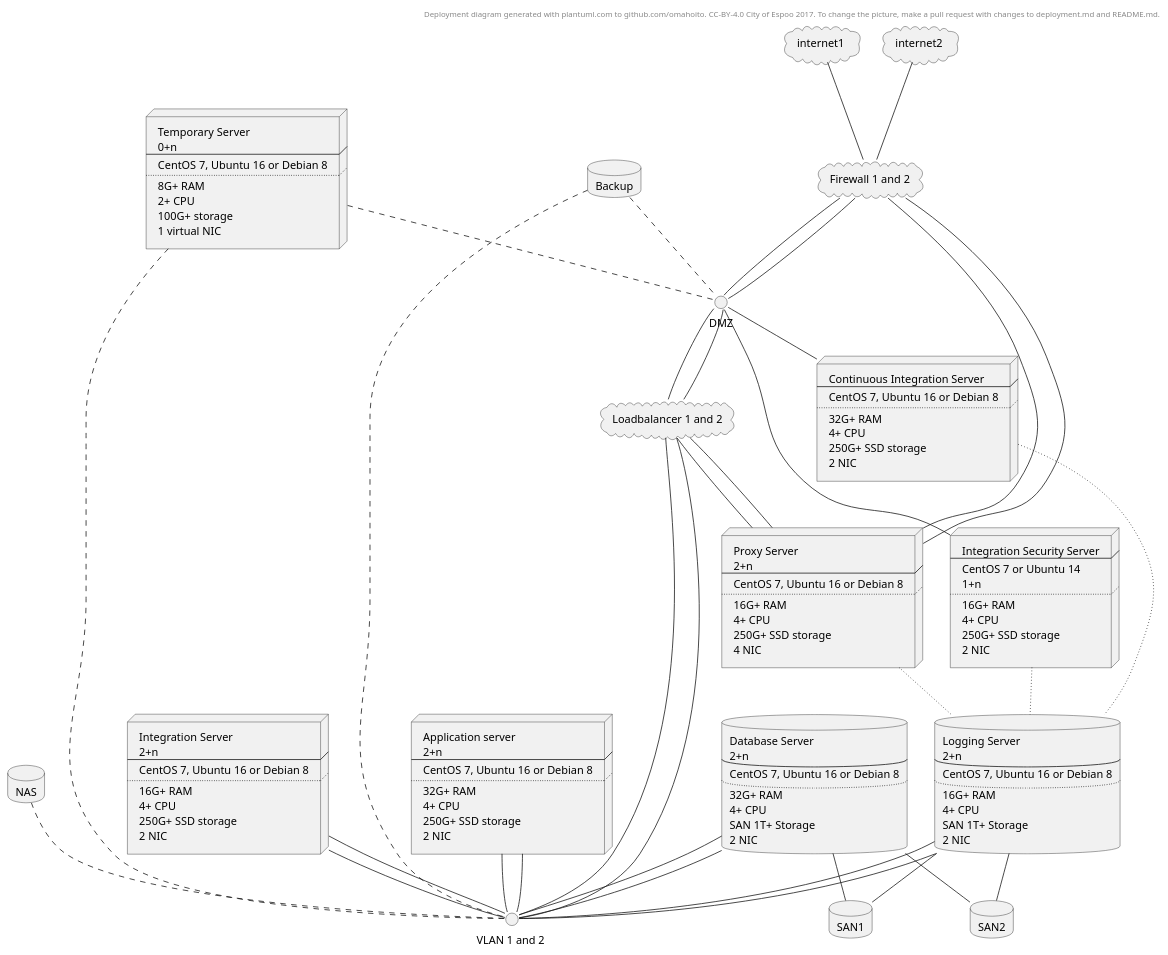
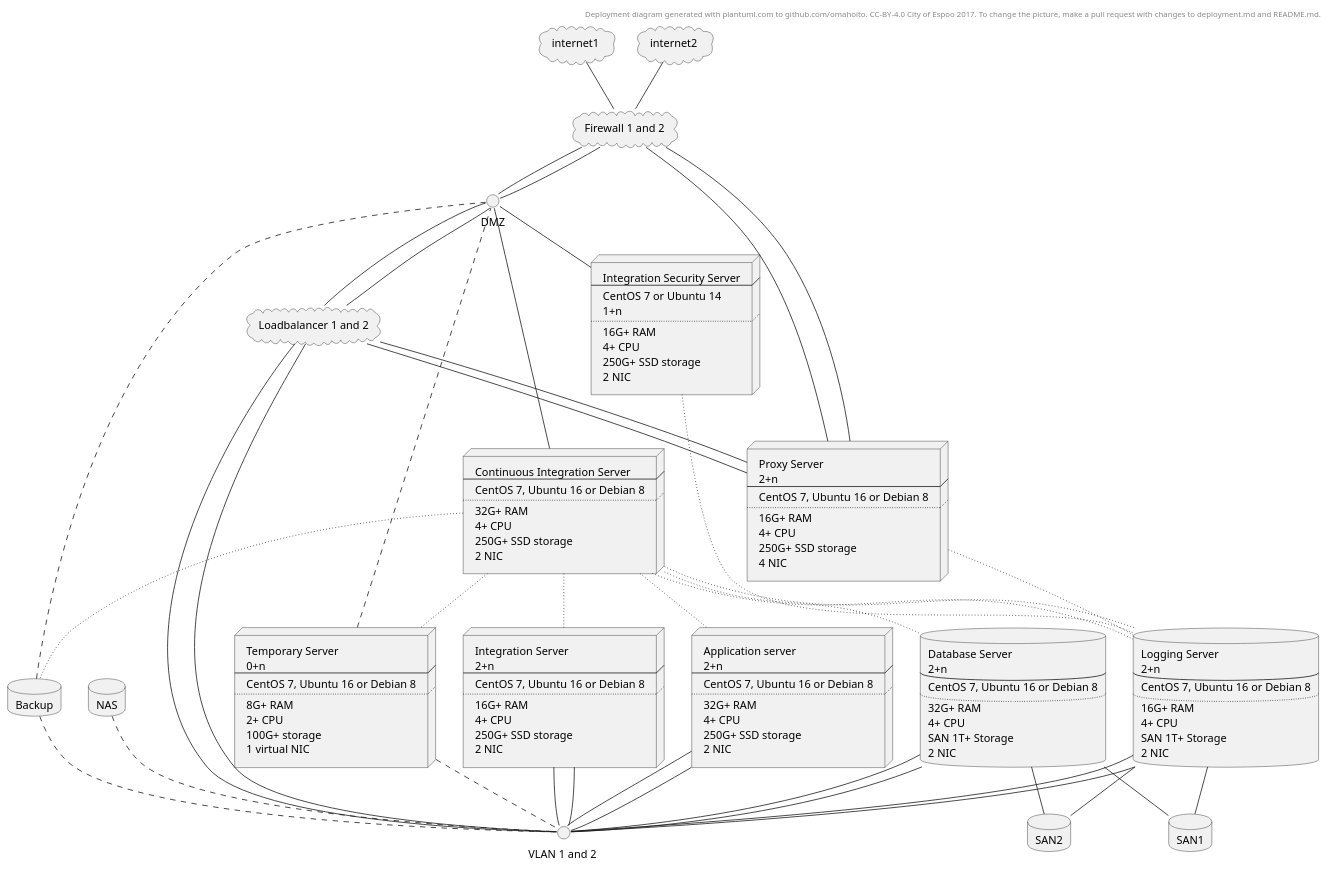
One commit to ruoat/definitions changed the diagram in deployment.md. Above: the diagram before and after it, drawn with PlantUML.

```diff
--- a/deployment.md
+++ b/deployment.md
@@ -130,18 +130,24 @@
 database1 -- VLAN1
 database1 -- VLAN1
 database1 -- SAN1
+nodeci ~~ database1
 logging1 -- SAN1
 database1 -- SAN2
 logging1 -- SAN2
 nodeintegration2 -- VLAN1
 nodeintegration2 -- VLAN1
+nodeci ~~ nodeintegration2
 logging1 -- VLAN1
 logging1 -- VLAN1
+nodeci ~~ logging1
 nodeas1 -- VLAN1
 nodeas1 -- VLAN1
+nodeci ~~ nodeas1
 Backup .. VLAN1
 Backup .. DMZ
+nodeci ~~ Backup
 nodevm .. VLAN1
 nodevm .. DMZ
+nodeci ~~ nodevm
 NAS .. VLAN1
 @enduml
```
